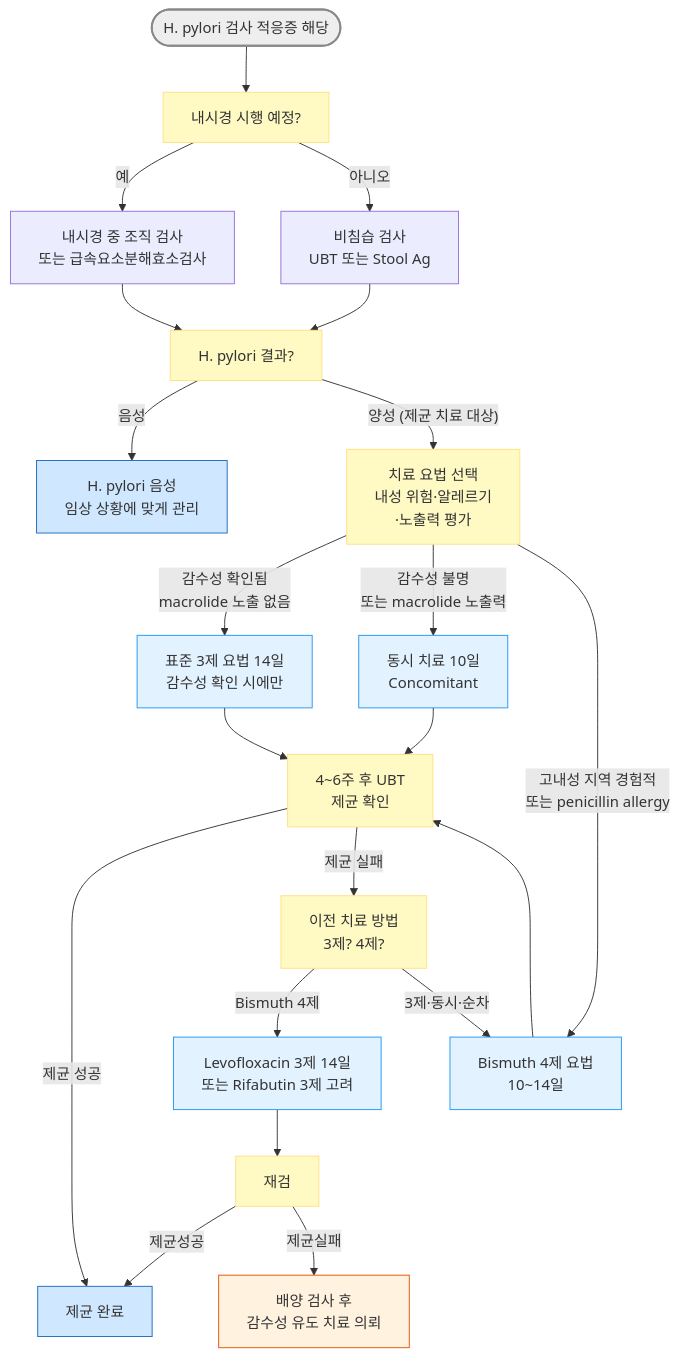
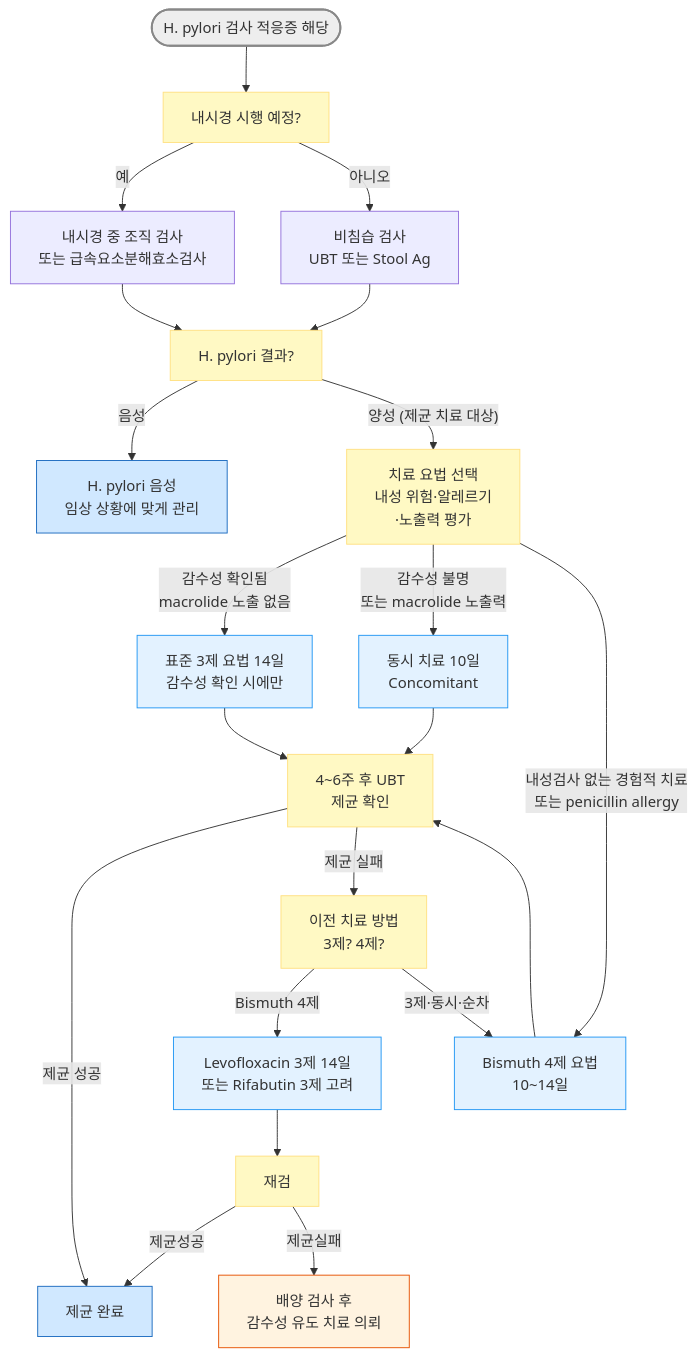
The diagram in 224_/080_-helicobacter-pylori-infection.md (familyoh77/familyoh77), drawn with Mermaid before and after one commit. The commit also changed other lines of this file, not shown here.

````diff
--- a/224_/080_-helicobacter-pylori-infection.md
+++ b/224_/080_-helicobacter-pylori-infection.md
@@ -98,32 +89,32 @@
 ```mermaid
 flowchart TD
     A([H. pylori 검사 적응증 해당]) --> B[내시경 시행 예정?]
     B -- 예 --> C[내시경 중 조직 검사<br/>또는 급속요소분해효소검사]
     B -- 아니오 --> D[비침습 검사<br/>UBT 또는 Stool Ag]
     C --> E[H. pylori 결과?]
     D --> E
     E -- 음성 --> F[H. pylori 음성<br/>임상 상황에 맞게 관리]
     E -- 양성 (제균 치료 대상) --> H[치료 요법 선택<br/>내성 위험·알레르기<br/>·노출력 평가]
     H -- 감수성 확인됨<br/>macrolide 노출 없음 --> I[표준 3제 요법 14일<br/>감수성 확인 시에만]
     H -- 감수성 불명<br/>또는 macrolide 노출력 --> J[동시 치료 10일<br/>Concomitant]
-    H -- 고내성 지역 경험적<br/>또는 penicillin allergy --> K[Bismuth 4제 요법<br/>10~14일]
+    H -- 내성검사 없는 경험적 치료 <br/>또는 penicillin allergy --> K[Bismuth 4제 요법<br/>10~14일]
     I --> L[4~6주 후 UBT<br/>제균 확인]
     J --> L
     K --> L
     L -- 제균 성공 --> M[제균 완료]
     L -- 제균 실패 --> N[이전 치료 방법<br/>3제? 4제?]
     N -- Bismuth 4제 --> O[Levofloxacin 3제 14일<br/>또는 Rifabutin 3제 고려]
     N -- 3제·동시·순차 --> K
     O --> P[재검]
     P -- 제균성공 --> M[제균 완료]
     P -- 제균실패 --> Q[배양 검사 후<br/>감수성 유도 치료 의뢰]
 
 style A fill:#eeeeee,stroke:#888888,stroke-width:2px
 classDef yellow fill:#fff9c4,stroke:#ffe082
 class B,E,H,L,N,P yellow
 classDef sky fill:#e3f2ff,stroke:#2196f3
 class I,J,K,O sky
 classDef blue fill:#d0e8ff,stroke:#1a6abf
 class F,M blue
 style Q fill:#fff3e0,stroke:#e65100,stroke-width:1px
 ```
````
